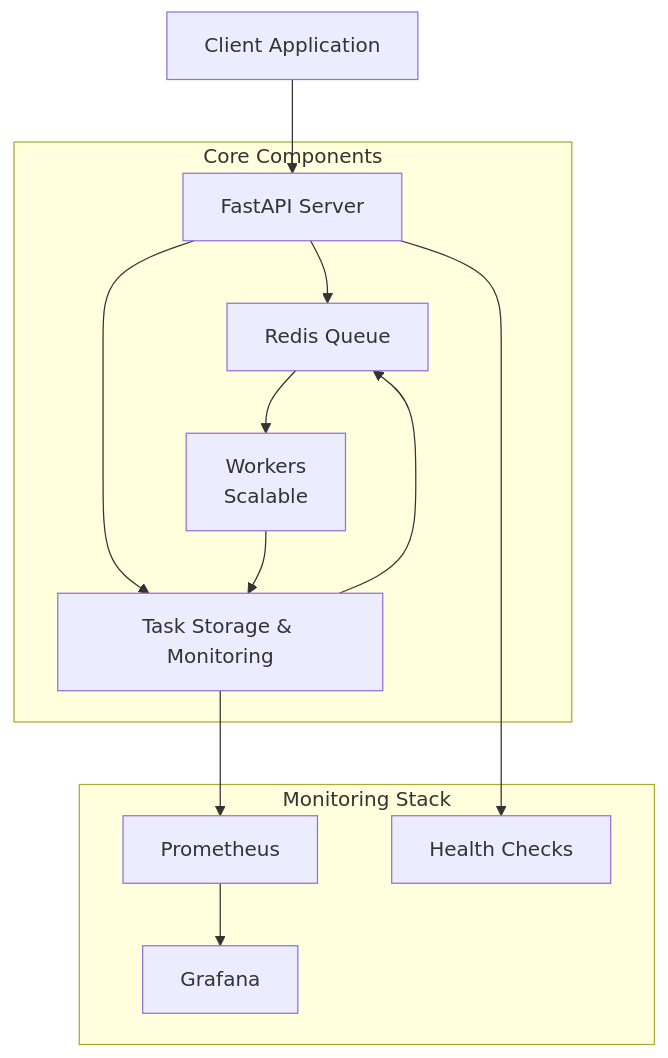
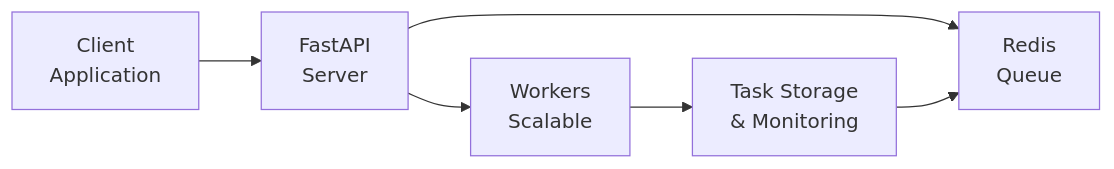
The diagram in README.md (rolanbadrislamov/distributed-task-queue), drawn with Mermaid before and after one commit.

Commit message:
update diagram

````diff
--- a/README.md
+++ b/README.md
@@ -17,26 +17,8 @@
 ```mermaid
-graph TD
-    A[Client Application] --> B[FastAPI Server]
-    B --> C[Redis Queue]
-    B --> D[Task Storage & Monitoring]
-    C --> E[Workers<br/>Scalable]
-    E --> D
-    D --> C
-    
-    subgraph "Core Components"
-        B
-        C
-        E
-        D
-    end
-    
-    subgraph "Monitoring Stack"
-        F[Prometheus]
-        G[Grafana]
-        H[Health Checks]
-    end
-    
-    D --> F
-    F --> G
-    B --> H
+graph LR
+    A[Client<br/>Application] --> B[FastAPI<br/>Server]
+    B --> C[Redis<br/>Queue]
+    B --> D[Workers<br/>Scalable]
+    D --> E[Task Storage<br/>& Monitoring]
+    E --> C
 ```
````
